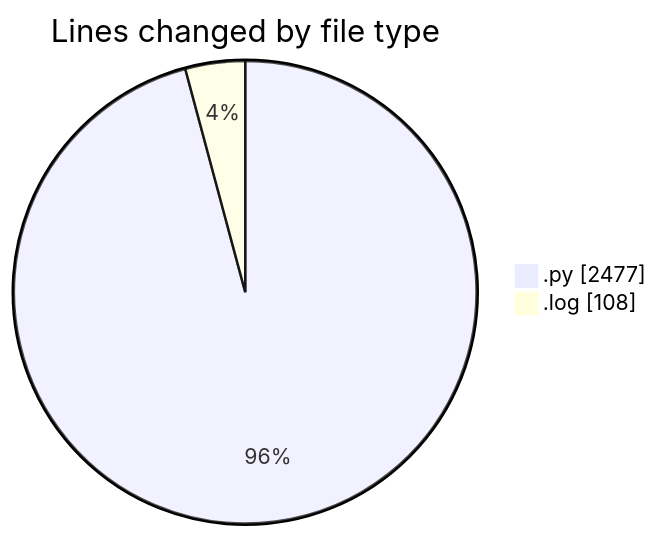
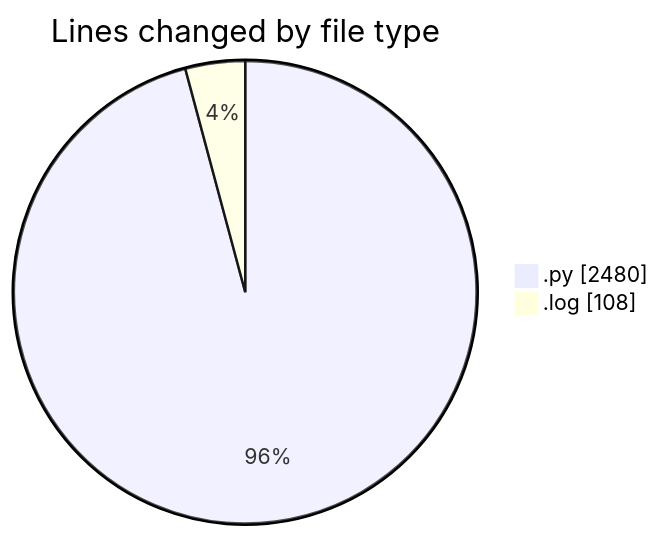
The first of 2 diagrams in 2025-05-06/samplepdf/README.md (momahboobian/code-tracking), drawn with Mermaid before and after one commit. The commit also changed other lines of this file and 1 other file, not shown here.

````diff
--- a/2025-05-06/samplepdf/README.md
+++ b/2025-05-06/samplepdf/README.md
@@ -42,6 +42,6 @@
 ```mermaid
 pie showData
 title Lines changed by file type
-".py" : 2477
+".py" : 2480
 ".log" : 108
 ```
````
